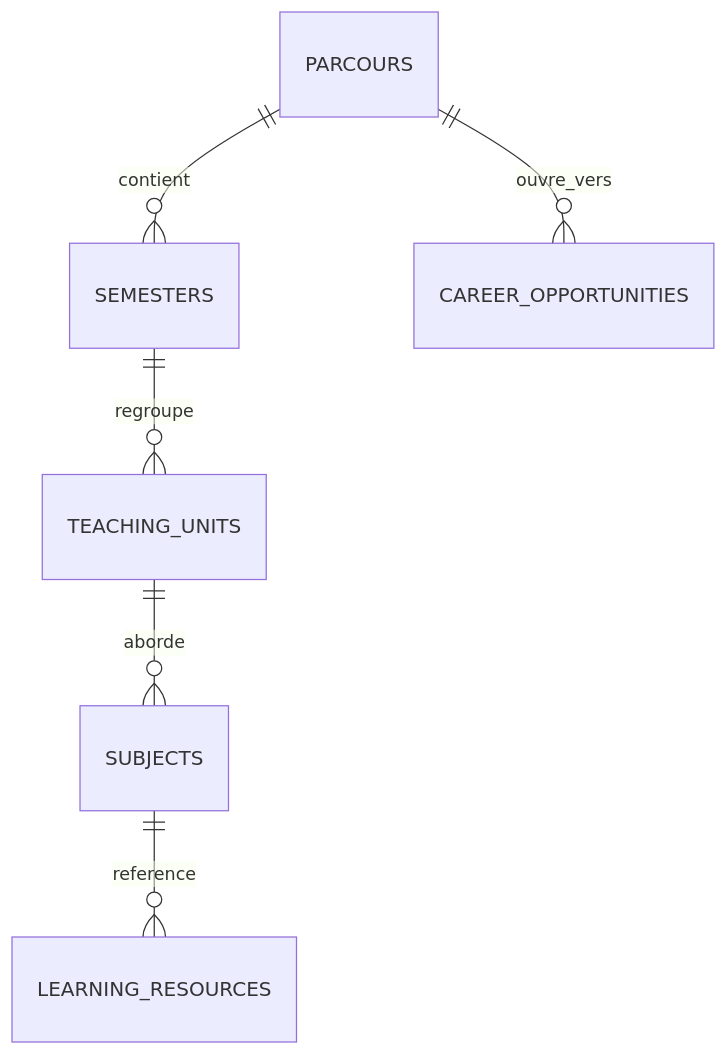
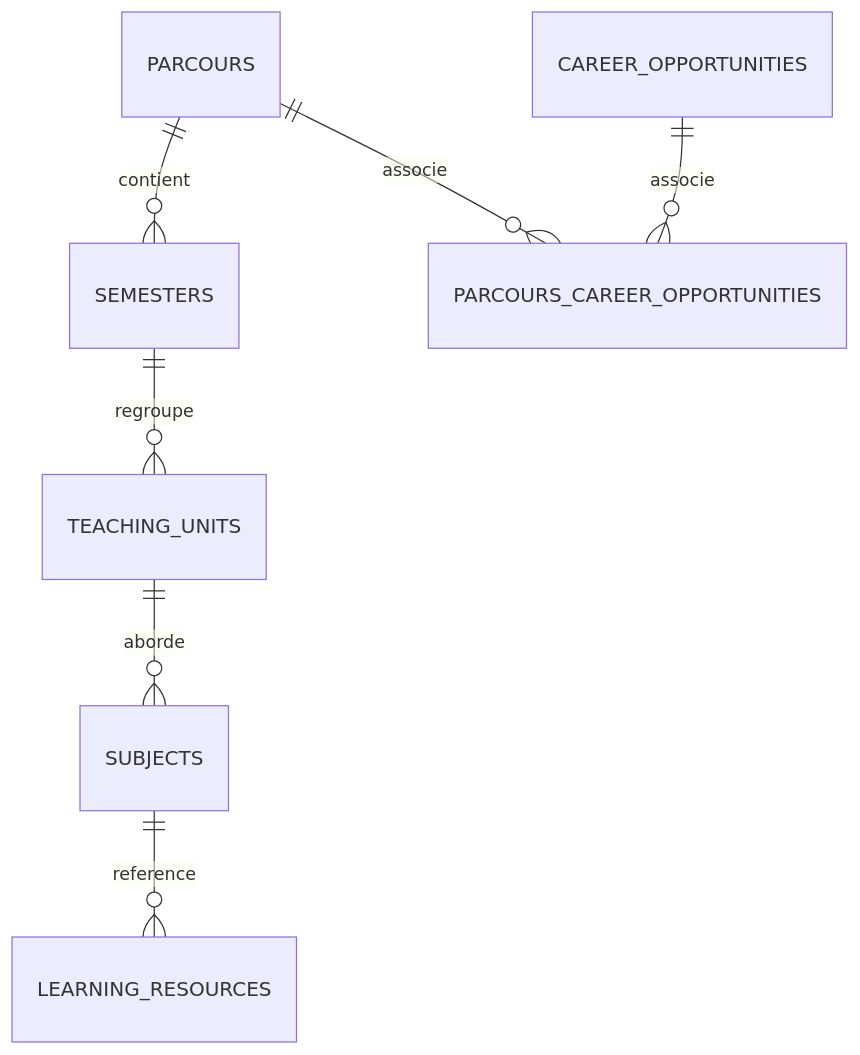
Before and after one commit to Project-EduAdvice/EduAdvice: the first of 2 diagrams in docs/database/database-design.md, drawn with Mermaid. The commit also changed other lines of this file, not shown here.

````diff
--- a/docs/database/database-design.md
+++ b/docs/database/database-design.md
@@ -34,8 +34,9 @@
 ```mermaid
 erDiagram
     PARCOURS ||--o{ SEMESTERS : contient
-    PARCOURS ||--o{ CAREER_OPPORTUNITIES : ouvre_vers
     SEMESTERS ||--o{ TEACHING_UNITS : regroupe
     TEACHING_UNITS ||--o{ SUBJECTS : aborde
     SUBJECTS ||--o{ LEARNING_RESOURCES : reference
+    PARCOURS ||--o{ PARCOURS_CAREER_OPPORTUNITIES : associe
+    CAREER_OPPORTUNITIES ||--o{ PARCOURS_CAREER_OPPORTUNITIES : associe
 ```
````
